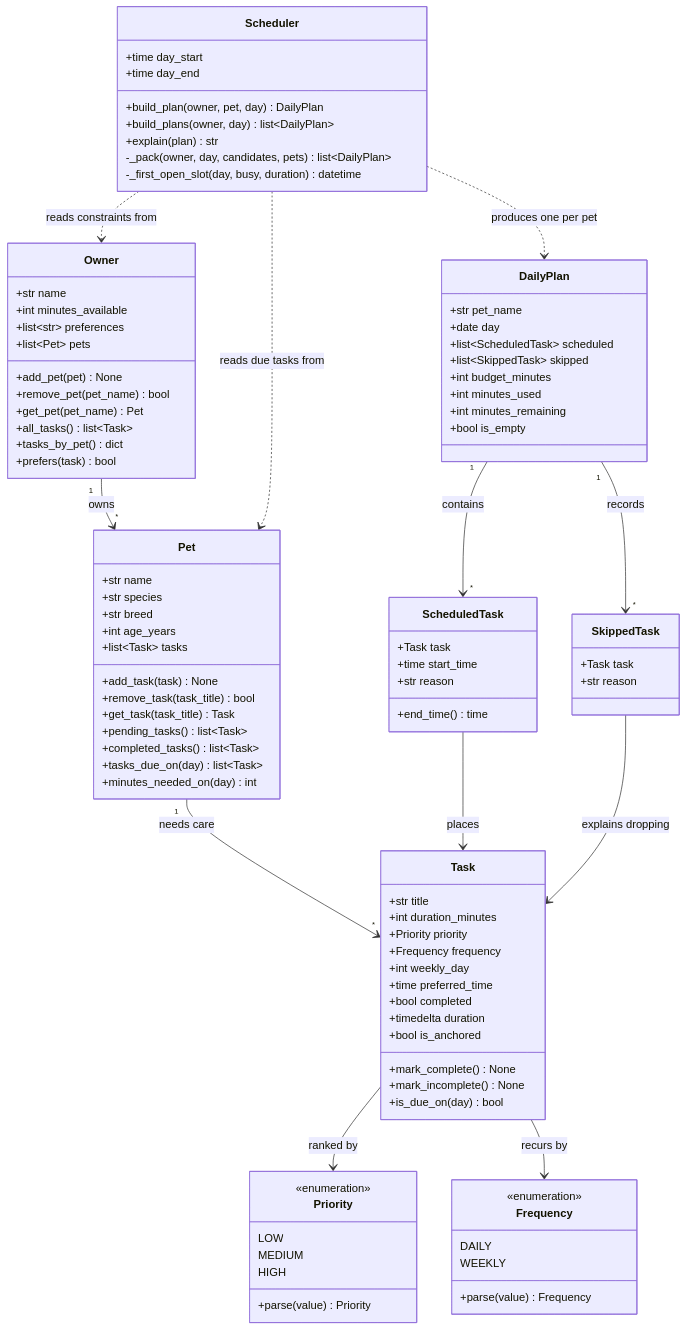
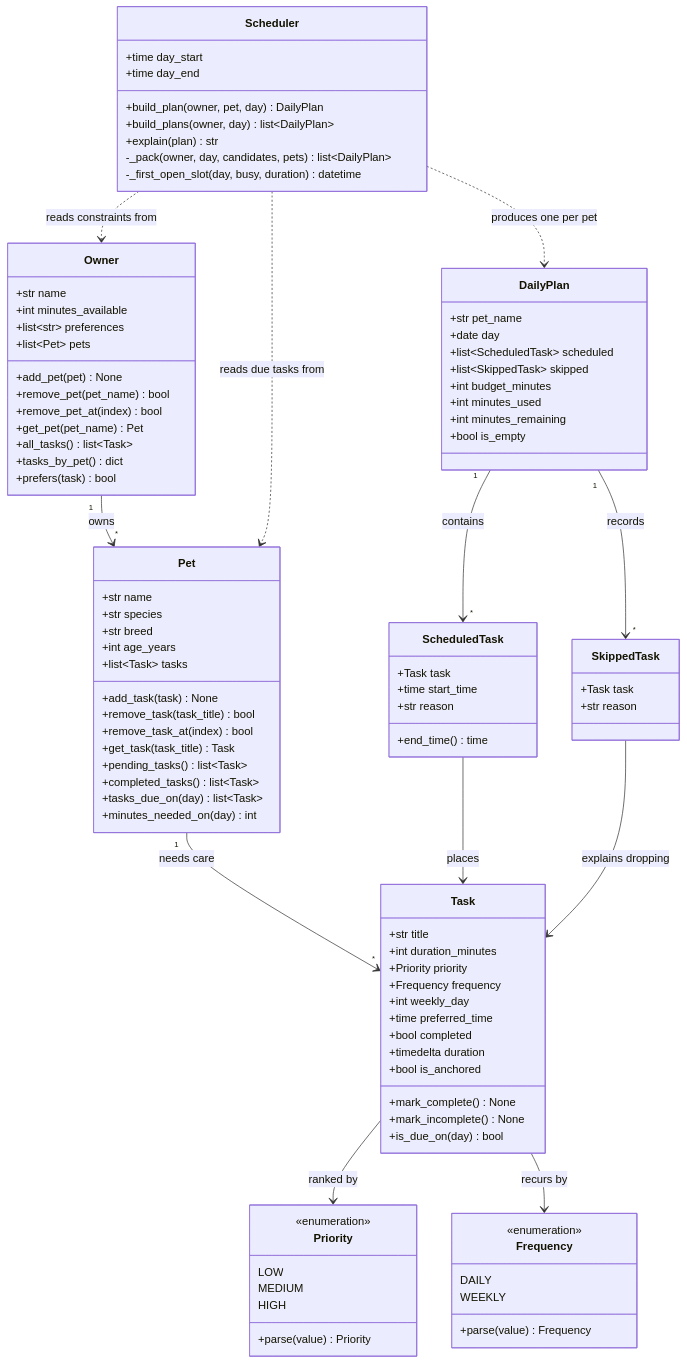
The diagram in diagrams/uml.mmd (Somama12/Assign3), drawn with Mermaid before and after one commit. The commit also changed 3 other files, not shown here.

```diff
--- a/diagrams/uml.mmd
+++ b/diagrams/uml.mmd
@@ -1,105 +1,107 @@
 classDiagram
     %% PawPal+ system design, kept in sync with pawpal_system.py.
 
     class Owner {
         +str name
         +int minutes_available
         +list~str~ preferences
         +list~Pet~ pets
         +add_pet(pet) None
         +remove_pet(pet_name) bool
+        +remove_pet_at(index) bool
         +get_pet(pet_name) Pet
         +all_tasks() list~Task~
         +tasks_by_pet() dict
         +prefers(task) bool
     }
 
     class Pet {
         +str name
         +str species
         +str breed
         +int age_years
         +list~Task~ tasks
         +add_task(task) None
         +remove_task(task_title) bool
+        +remove_task_at(index) bool
         +get_task(task_title) Task
         +pending_tasks() list~Task~
         +completed_tasks() list~Task~
         +tasks_due_on(day) list~Task~
         +minutes_needed_on(day) int
     }
 
     class Task {
         +str title
         +int duration_minutes
         +Priority priority
         +Frequency frequency
         +int weekly_day
         +time preferred_time
         +bool completed
         +timedelta duration
         +bool is_anchored
         +mark_complete() None
         +mark_incomplete() None
         +is_due_on(day) bool
     }
 
     class Priority {
         <<enumeration>>
         LOW
         MEDIUM
         HIGH
         +parse(value) Priority
     }
 
     class Frequency {
         <<enumeration>>
         DAILY
         WEEKLY
         +parse(value) Frequency
     }
 
     class ScheduledTask {
         +Task task
         +time start_time
         +str reason
         +end_time() time
     }
 
     class SkippedTask {
         +Task task
         +str reason
     }
 
     class DailyPlan {
         +str pet_name
         +date day
         +list~ScheduledTask~ scheduled
         +list~SkippedTask~ skipped
         +int budget_minutes
         +int minutes_used
         +int minutes_remaining
         +bool is_empty
     }
 
     class Scheduler {
         +time day_start
         +time day_end
         +build_plan(owner, pet, day) DailyPlan
         +build_plans(owner, day) list~DailyPlan~
         +explain(plan) str
         -_pack(owner, day, candidates, pets) list~DailyPlan~
         -_first_open_slot(day, busy, duration) datetime
     }
 
     Owner "1" --> "*" Pet : owns
     Pet "1" --> "*" Task : needs care
     Task --> Priority : ranked by
     Task --> Frequency : recurs by
     ScheduledTask --> Task : places
     SkippedTask --> Task : explains dropping
     DailyPlan "1" --> "*" ScheduledTask : contains
     DailyPlan "1" --> "*" SkippedTask : records
     Scheduler ..> Owner : reads constraints from
     Scheduler ..> Pet : reads due tasks from
     Scheduler ..> DailyPlan : produces one per pet
```
